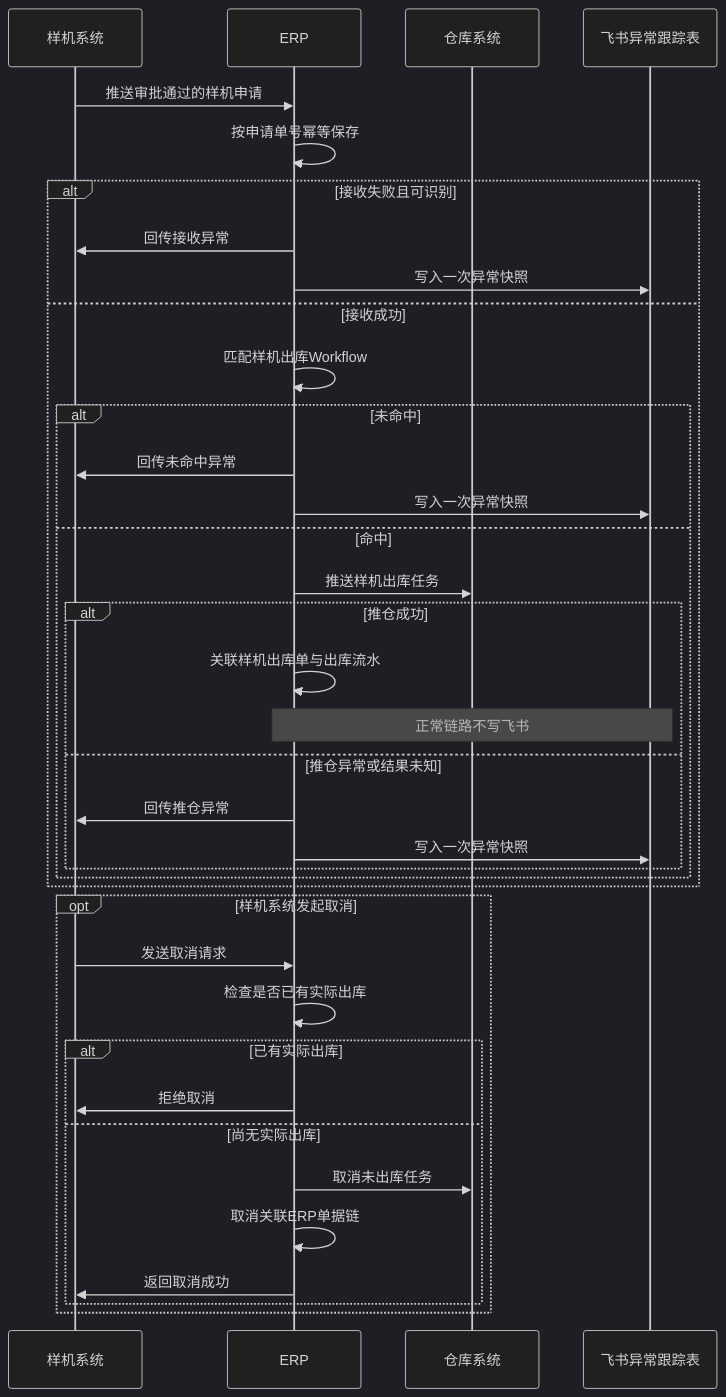
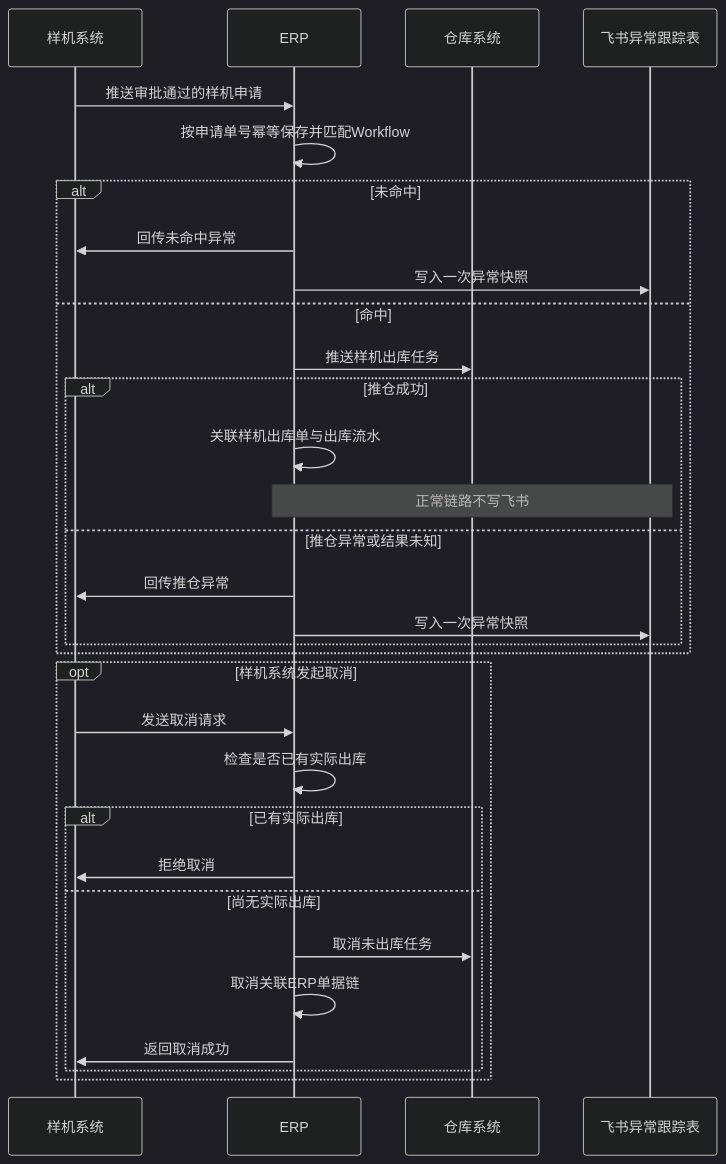
Before and after one commit to arlo-hello/erp-ai-docs-arlo: the diagram in docs/v0.28.4/tasks/0210/product-plan.md, drawn with Mermaid (dark theme). The commit also changed other lines of this file and 3 other files, not shown here.

````diff
--- a/docs/v0.28.4/tasks/0210/product-plan.md
+++ b/docs/v0.28.4/tasks/0210/product-plan.md
@@ -13,39 +13,33 @@
 ```mermaid
 sequenceDiagram
   participant S as 样机系统
   participant E as ERP
   participant W as 仓库系统
   participant F as 飞书异常跟踪表
   S->>E: 推送审批通过的样机申请
-  E->>E: 按申请单号幂等保存
-  alt 接收失败且可识别
-    E->>S: 回传接收异常
+  E->>E: 按申请单号幂等保存并匹配Workflow
+  alt 未命中
+    E->>S: 回传未命中异常
     E->>F: 写入一次异常快照
-  else 接收成功
-    E->>E: 匹配样机出库Workflow
-    alt 未命中
-      E->>S: 回传未命中异常
+  else 命中
+    E->>W: 推送样机出库任务
+    alt 推仓成功
+      E->>E: 关联样机出库单与出库流水
+      Note over E,F: 正常链路不写飞书
+    else 推仓异常或结果未知
+      E->>S: 回传推仓异常
       E->>F: 写入一次异常快照
-    else 命中
-      E->>W: 推送样机出库任务
-      alt 推仓成功
-        E->>E: 关联样机出库单与出库流水
-        Note over E,F: 正常链路不写飞书
-      else 推仓异常或结果未知
-        E->>S: 回传推仓异常
-        E->>F: 写入一次异常快照
-      end
     end
   end
   opt 样机系统发起取消
     S->>E: 发送取消请求
     E->>E: 检查是否已有实际出库
     alt 已有实际出库
       E->>S: 拒绝取消
     else 尚无实际出库
       E->>W: 取消未出库任务
       E->>E: 取消关联ERP单据链
       E->>S: 返回取消成功
     end
   end
 ```
````
